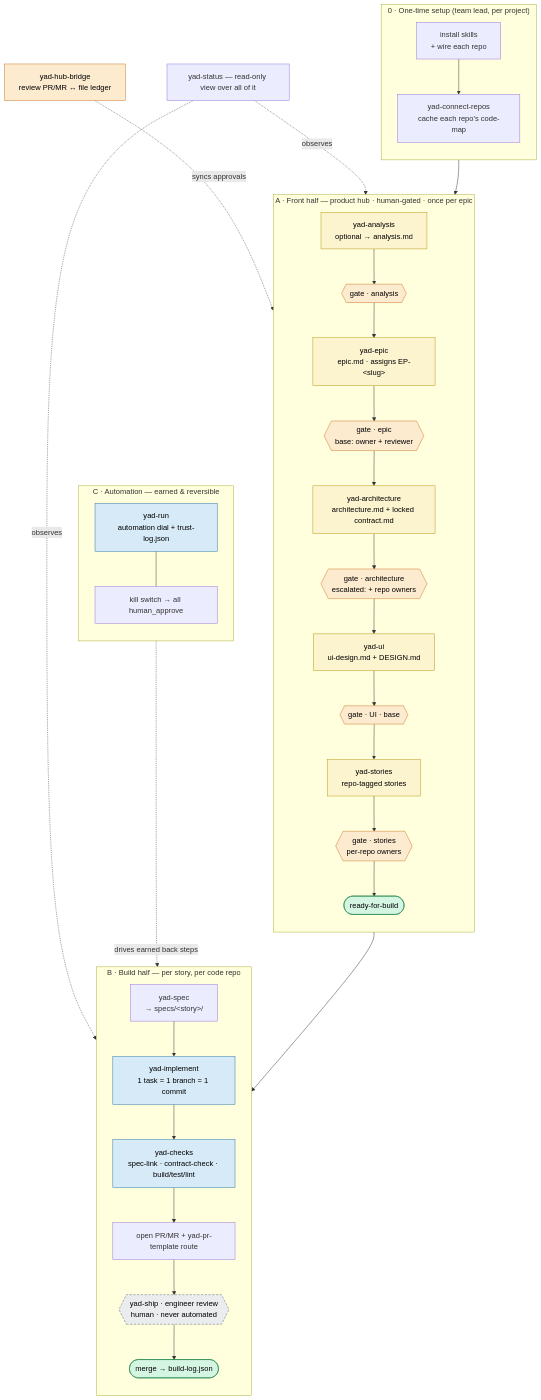
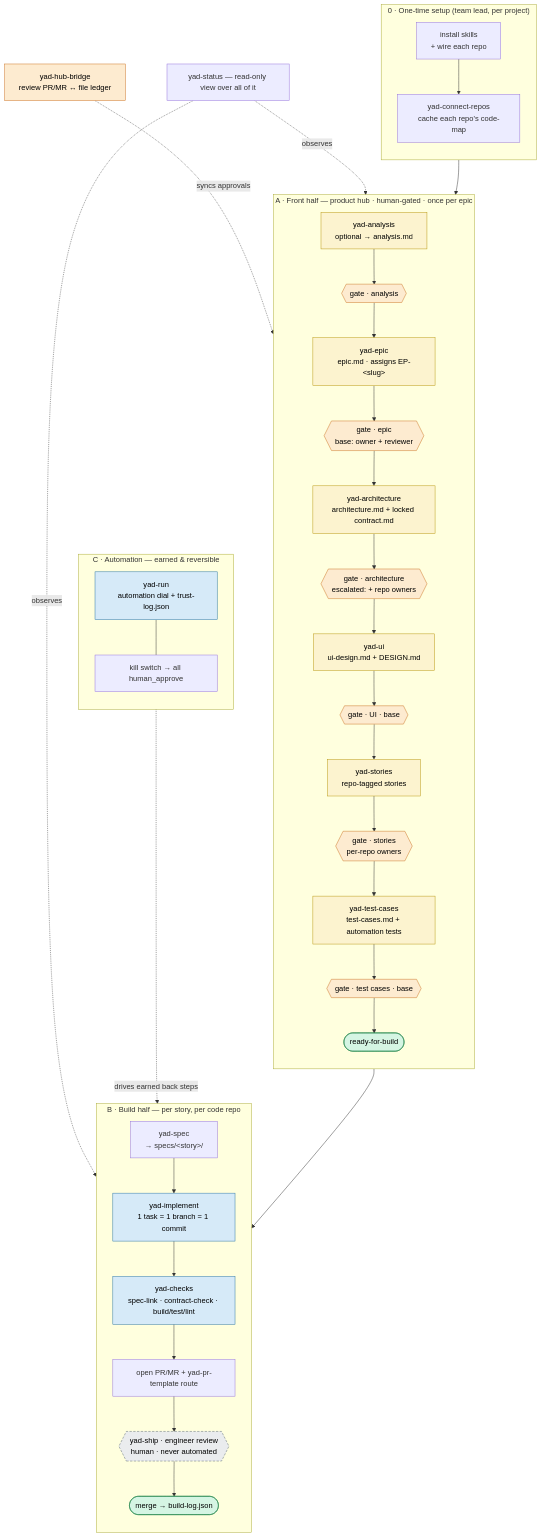
Before and after one commit to abdelrahmannasr/yadflow: the second of 3 diagrams in TEAM-GUIDE.md, drawn with Mermaid. The commit also changed other lines of this file and 26 other files, not shown here.

````diff
--- a/TEAM-GUIDE.md
+++ b/TEAM-GUIDE.md
@@ -59,58 +59,60 @@
 ```mermaid
 flowchart TD
     classDef gated fill:#fdebd0,stroke:#ca6f1e,color:#000
     classDef earns fill:#d6eaf8,stroke:#2471a3,color:#000
     classDef locked fill:#eaecee,stroke:#566573,color:#000,stroke-dasharray:5 3
     classDef artifact fill:#fcf3cf,stroke:#b7950b,color:#000
     classDef sentinel fill:#d5f5e3,stroke:#1e8449,color:#000
 
     subgraph SETUP["0 · One-time setup (team lead, per project)"]
       direction TB
       inst["install skills<br/>+ wire each repo"]
       conn["yad-connect-repos<br/>cache each repo's code-map"]
       inst --> conn
     end
 
     subgraph FRONT["A · Front half — product hub · human-gated · once per epic"]
       direction TB
       an["yad-analysis<br/>optional → analysis.md"]:::artifact
       ep["yad-epic<br/>epic.md · assigns EP-&lt;slug&gt;"]:::artifact
       ar["yad-architecture<br/>architecture.md + locked contract.md"]:::artifact
       ui["yad-ui<br/>ui-design.md + DESIGN.md"]:::artifact
       st["yad-stories<br/>repo-tagged stories"]:::artifact
+      tc["yad-test-cases<br/>test-cases.md + automation tests"]:::artifact
       gAn{{"gate · analysis"}}:::gated
       gEp{{"gate · epic<br/>base: owner + reviewer"}}:::gated
       gAr{{"gate · architecture<br/>escalated: + repo owners"}}:::gated
       gUi{{"gate · UI · base"}}:::gated
       gSt{{"gate · stories<br/>per-repo owners"}}:::gated
+      gTc{{"gate · test cases · base"}}:::gated
       rfb(["ready-for-build"]):::sentinel
-      an --> gAn --> ep --> gEp --> ar --> gAr --> ui --> gUi --> st --> gSt --> rfb
+      an --> gAn --> ep --> gEp --> ar --> gAr --> ui --> gUi --> st --> gSt --> tc --> gTc --> rfb
     end
 
     subgraph BUILD["B · Build half — per story, per code repo"]
       direction TB
       sp["yad-spec<br/>→ specs/&lt;story&gt;/"]
       im["yad-implement<br/>1 task = 1 branch = 1 commit"]:::earns
       ck["yad-checks<br/>spec-link · contract-check · build/test/lint"]:::earns
       prm["open PR/MR + yad-pr-template route"]
       eng{{"yad-ship · engineer review<br/>human · never automated"}}:::locked
       merged(["merge → build-log.json"]):::sentinel
       sp --> im --> ck --> prm --> eng --> merged
     end
 
     subgraph AUTO["C · Automation — earned & reversible"]
       direction TB
       run["yad-run<br/>automation dial + trust-log.json"]:::earns
       kill["kill switch → all human_approve"]
       run --- kill
     end
 
     conn --> an
     rfb --> sp
     run -. drives earned back steps .-> im
     bridge["yad-hub-bridge<br/>review PR/MR ↔ file ledger"]:::gated
     bridge -. syncs approvals .-> gEp
     status["yad-status — read-only view over all of it"]
     status -. observes .-> FRONT
     status -. observes .-> BUILD
 ```
````
